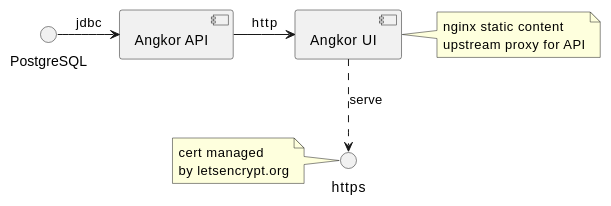
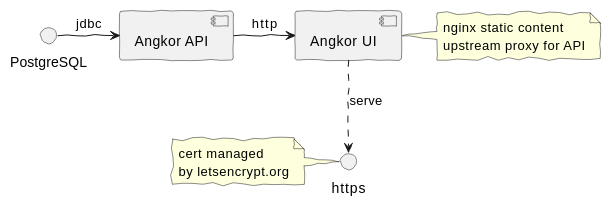
One commit to tillkuhn/angkor changed the diagram in docs/modules/ROOT/pages/index.adoc. Above: the diagram before and after it, drawn with PlantUML. The commit also changed other lines of this file and 8 other files, not shown here.

```diff
--- a/docs/modules/ROOT/pages/index.adoc
+++ b/docs/modules/ROOT/pages/index.adoc
@@ -21,22 +24,24 @@
 [plantuml,"PlantUML Test",png]
 ----
 @startuml
+skinparam handwritten true
+
 interface "PostgreSQL" as DS
 component "Angkor API" as API
 component "Angkor UI" as UI
 
 DS -> API: jdbc
 API -> UI: http
 UI ..> https : serve
 
 note left of https
 cert managed
 by letsencrypt.org
 end note
 
 note right of UI
   nginx static content
   upstream proxy for API
 end note
 @enduml
 ----
```
